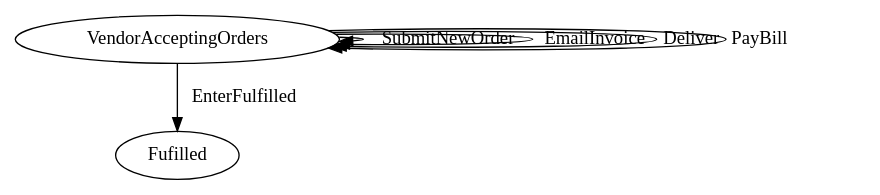
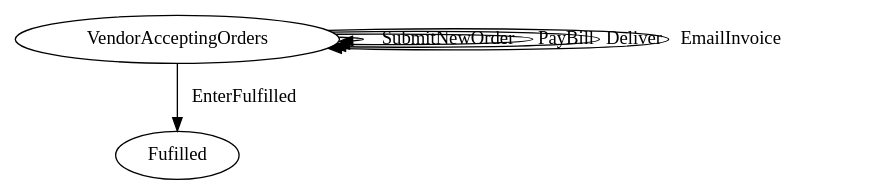
The diagram in linear_state_machine_language/pyL4/examples/out_graphviz/from_academic_lit/hvitved_master_sales_agreement_full_with_ids_and_obligation_objects.dot (Marcao02/complaw-deeptech), drawn with Graphviz before and after one commit. The commit also changed other lines of this file and 7 other files, not shown here.

```diff
--- a/linear_state_machine_language/pyL4/examples/out_graphviz/from_academic_lit/hvitved_master_sales_agreement_full_with_ids_and_obligation_objects.dot
+++ b/linear_state_machine_language/pyL4/examples/out_graphviz/from_academic_lit/hvitved_master_sales_agreement_full_with_ids_and_obligation_objects.dot
@@ -1,21 +1,21 @@
 // THIS IS A GENERATED FILE. DO NOT EDIT.
 
 digraph Master_Sales_Agreement {    
     Fulfilled[label=Fufilled];
     VendorAcceptingOrders[label=VendorAcceptingOrders]
         
     
          
     
     
     
     
     VendorAcceptingOrders -> Fulfilled [label=EnterFulfilled];
 	     
     
     VendorAcceptingOrders -> VendorAcceptingOrders [label=SubmitNewOrder];
+	VendorAcceptingOrders -> VendorAcceptingOrders [label=PayBill];
+	VendorAcceptingOrders -> VendorAcceptingOrders [label=Deliver];
 	VendorAcceptingOrders -> VendorAcceptingOrders [label=EmailInvoice];
-	VendorAcceptingOrders -> VendorAcceptingOrders [label=Deliver];
-	VendorAcceptingOrders -> VendorAcceptingOrders [label=PayBill];
 	   
 }
```
